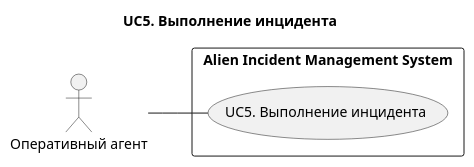
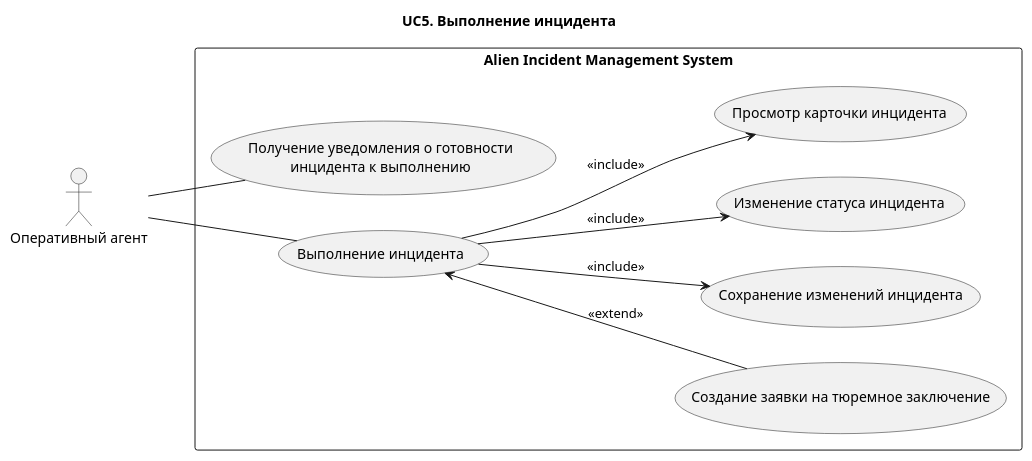
The diagram in docs/use-case/UC5.md (Andryss/AIMS), drawn with PlantUML before and after one commit. The commit also changed other lines of this file and 23 other files, not shown here.

Commit message:
docs: refine use-case diagrams and centralize rendering commands

````diff
--- a/docs/use-case/UC5.md
+++ b/docs/use-case/UC5.md
@@ -3,15 +5,31 @@
 ```plantuml
 @startuml
 title UC5. Выполнение инцидента
 left to right direction
 
 actor "Оперативный агент" as Agent
 
 rectangle "Alien Incident Management System" {
-  usecase "UC5. Выполнение инцидента" as UC5
+
+(Получение уведомления о готовности\nинцидента к выполнению) as UC01
+
+(Выполнение инцидента) as UC11
+
+(Создание заявки на тюремное заключение) as UC115
+(Сохранение изменений инцидента) as UC114
+(Изменение статуса инцидента) as UC113
+(Просмотр карточки инцидента) as UC111
+
 }
 
-Agent -- UC5
+Agent -- UC01
+
+Agent -- UC11
+
+UC11 --> UC111 : <<include>>
+UC11 --> UC113 : <<include>>
+UC11 --> UC114 : <<include>>
+UC11 <-- UC115 : <<extend>>
 
 @enduml
 ```
````
